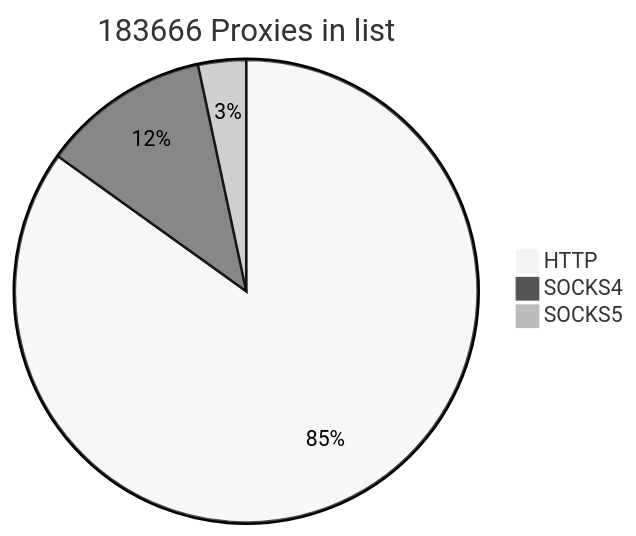
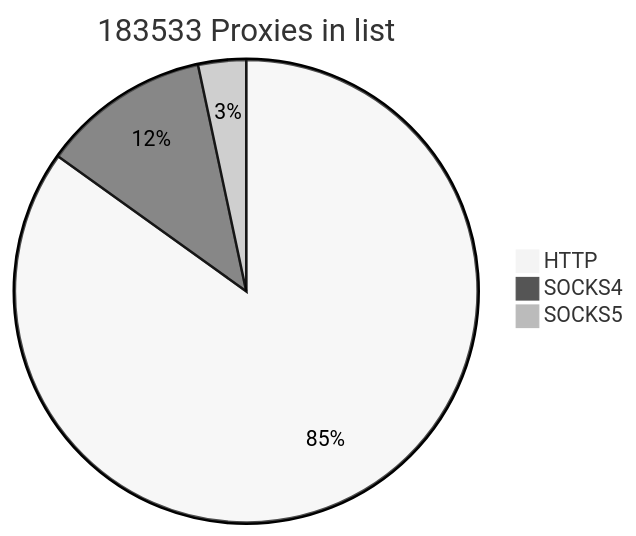
The first of 2 diagrams in README.md (cutipu/proxylist), drawn with Mermaid (neutral theme) before and after one commit. The commit also changed other lines of this file, not shown here.

````diff
--- a/README.md
+++ b/README.md
@@ -2,7 +2,7 @@
 ```mermaid
-pie title 183666 Proxies in list
-    "HTTP" : 155936
-    "SOCKS4" : 21584
-    "SOCKS5" : 6146
+pie title 183533 Proxies in list
+    "HTTP" : 155828
+    "SOCKS4" : 21568
+    "SOCKS5" : 6137
             
 ```
````
